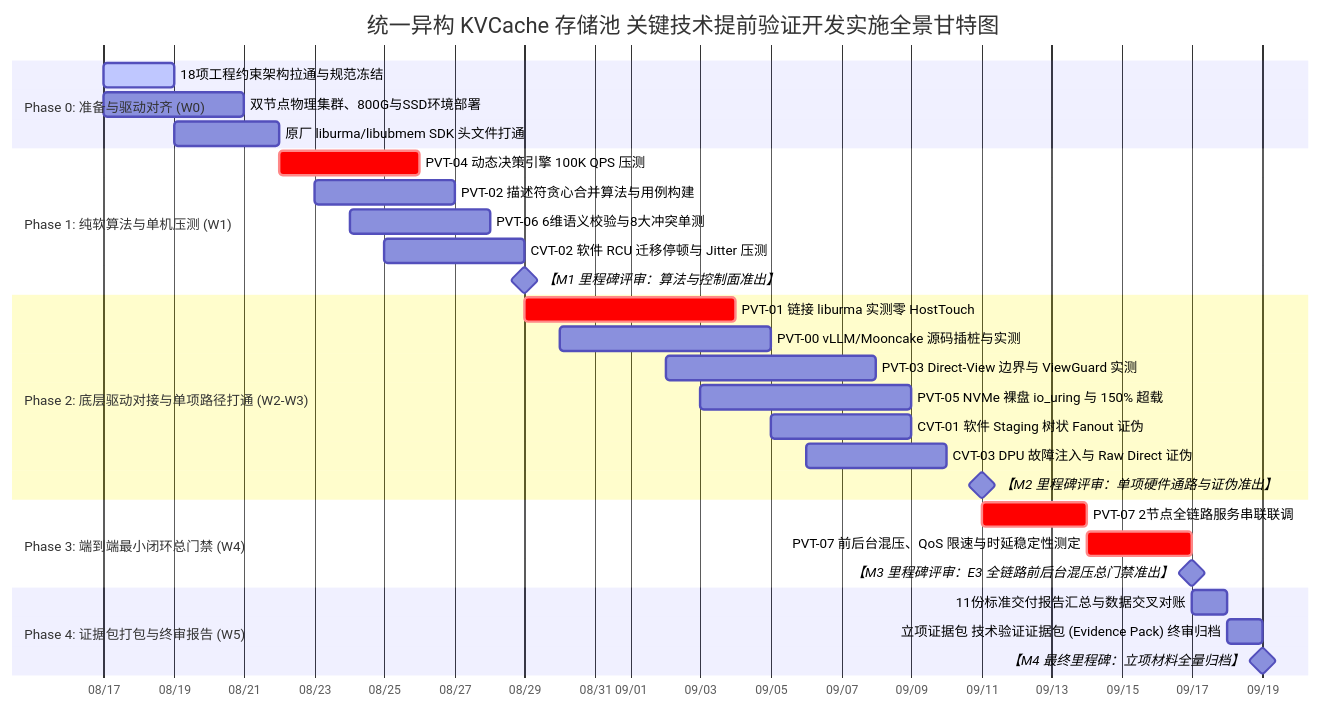
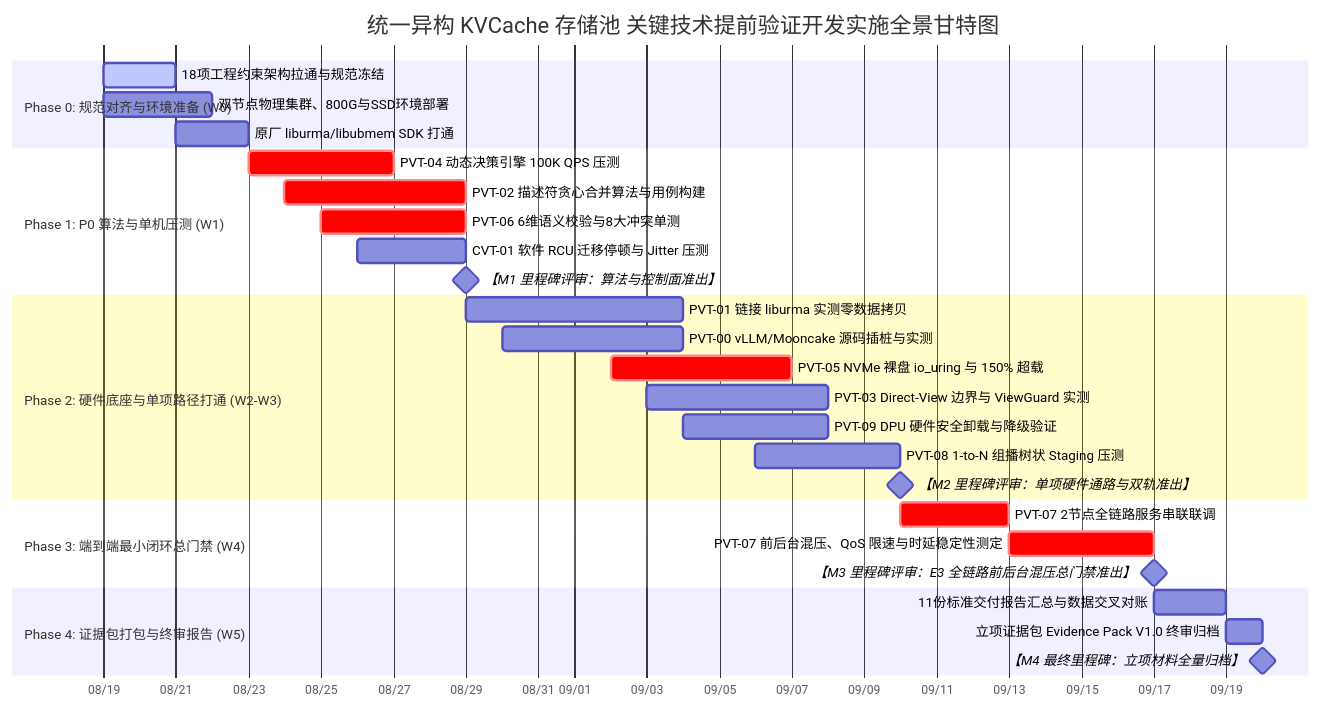
One commit to stonetree/reports changed the diagram in kvcache/unified_kv_memory/提前验证方案设计/验证计划方案设计/统一异构KVCache存储池_关键技术提前验证开发实施计划书.md. Above: the diagram before and after it, drawn with Mermaid. The commit also changed other lines of this file and 32 other files, not shown here.

````diff
--- a/kvcache/unified_kv_memory/提前验证方案设计/验证计划方案设计/统一异构KVCache存储池_关键技术提前验证开发实施计划书.md
+++ b/kvcache/unified_kv_memory/提前验证方案设计/验证计划方案设计/统一异构KVCache存储池_关键技术提前验证开发实施计划书.md
@@ -136,37 +85,37 @@
 ```mermaid
 gantt
     title 统一异构 KVCache 存储池 关键技术提前验证开发实施全景甘特图
     dateFormat  YYYY-MM-DD
     axisFormat  %m/%d
     
-    section Phase 0: 准备与驱动对齐 (W0)
-    18项工程约束架构拉通与规范冻结      :active, m0_1, 2026-08-17, 2026-08-19
-    双节点物理集群、800G与SSD环境部署   :m0_2, 2026-08-17, 2026-08-21
-    原厂 liburma/libubmem SDK 头文件打通:m0_3, 2026-08-19, 2026-08-22
+    section Phase 0: 规范对齐与环境准备 (W0)
+    18项工程约束架构拉通与规范冻结      :active, m0_1, 2026-08-19, 2026-08-21
+    双节点物理集群、800G与SSD环境部署   :m0_2, 2026-08-19, 2026-08-22
+    原厂 liburma/libubmem SDK 打通     :m0_3, 2026-08-21, 2026-08-23
     
-    section Phase 1: 纯软算法与单机压测 (W1)
-    PVT-04 动态决策引擎 100K QPS 压测  :crit, p1_1, 2026-08-22, 2026-08-26
-    PVT-02 描述符贪心合并算法与用例构建:p1_2, 2026-08-23, 2026-08-27
-    PVT-06 6维语义校验与8大冲突单测   :p1_3, 2026-08-24, 2026-08-28
-    CVT-02 软件 RCU 迁移停顿与 Jitter 压测:p1_4, 2026-08-25, 2026-08-29
+    section Phase 1: P0 算法与单机压测 (W1)
+    PVT-04 动态决策引擎 100K QPS 压测  :crit, p1_1, 2026-08-23, 2026-08-27
+    PVT-02 描述符贪心合并算法与用例构建:crit, p1_2, 2026-08-24, 2026-08-29
+    PVT-06 6维语义校验与8大冲突单测   :crit, p1_3, 2026-08-25, 2026-08-29
+    CVT-01 软件 RCU 迁移停顿与 Jitter 压测:p1_4, 2026-08-26, 2026-08-29
     【M1 里程碑评审：算法与控制面准出】  :milestone, m1, 2026-08-29, 0d
 
-    section Phase 2: 底层驱动对接与单项路径打通 (W2-W3)
-    PVT-01 链接 liburma 实测零 HostTouch  :crit, p2_1, 2026-08-29, 2026-09-04
-    PVT-00 vLLM/Mooncake 源码插桩与实测  :p2_2, 2026-08-30, 2026-09-05
-    PVT-03 Direct-View 边界与 ViewGuard 实测:p2_3, 2026-09-02, 2026-09-08
-    PVT-05 NVMe 裸盘 io_uring 与 150% 超载:p2_4, 2026-09-03, 2026-09-09
-    CVT-01 软件 Staging 树状 Fanout 证伪  :p2_5, 2026-09-05, 2026-09-09
-    CVT-03 DPU 故障注入与 Raw Direct 证伪 :p2_6, 2026-09-06, 2026-09-10
-    【M2 里程碑评审：单项硬件通路与证伪准出】:milestone, m2, 2026-09-11, 0d
+    section Phase 2: 硬件底座与单项路径打通 (W2-W3)
+    PVT-01 链接 liburma 实测零数据拷贝  :p2_1, 2026-08-29, 2026-09-04
+    PVT-00 vLLM/Mooncake 源码插桩与实测  :p2_2, 2026-08-30, 2026-09-04
+    PVT-05 NVMe 裸盘 io_uring 与 150% 超载:crit, p2_3, 2026-09-02, 2026-09-07
+    PVT-03 Direct-View 边界与 ViewGuard 实测:p2_4, 2026-09-03, 2026-09-08
+    PVT-09 DPU 硬件安全卸载与降级验证   :p2_5, 2026-09-04, 2026-09-08
+    PVT-08 1-to-N 组播树状 Staging 压测 :p2_6, 2026-09-06, 2026-09-10
+    【M2 里程碑评审：单项硬件通路与双轨准出】:milestone, m2, 2026-09-10, 0d
 
     section Phase 3: 端到端最小闭环总门禁 (W4)
-    PVT-07 2节点全链路服务串联联调      :crit, p3_1, 2026-09-11, 2026-09-14
-    PVT-07 前后台混压、QoS 限速与时延稳定性测定:crit, p3_2, 2026-09-14, 2026-09-17
+    PVT-07 2节点全链路服务串联联调      :crit, p3_1, 2026-09-10, 2026-09-13
+    PVT-07 前后台混压、QoS 限速与时延稳定性测定:crit, p3_2, 2026-09-13, 2026-09-17
     【M3 里程碑评审：E3 全链路前后台混压总门禁准出】 :milestone, m3, 2026-09-17, 0d
 
     section Phase 4: 证据包打包与终审报告 (W5)
-    11份标准交付报告汇总与数据交叉对账  :p4_1, 2026-09-17, 2026-09-18
-    立项证据包 技术验证证据包 (Evidence Pack) 终审归档   :p4_2, 2026-09-18, 2026-09-19
-    【M4 最终里程碑：立项材料全量归档】 :milestone, m4, 2026-09-19, 0d
+    11份标准交付报告汇总与数据交叉对账  :p4_1, 2026-09-17, 2026-09-19
+    立项证据包 Evidence Pack V1.0 终审归档:p4_2, 2026-09-19, 2026-09-20
+    【M4 最终里程碑：立项材料全量归档】 :milestone, m4, 2026-09-20, 0d
 ```
````
